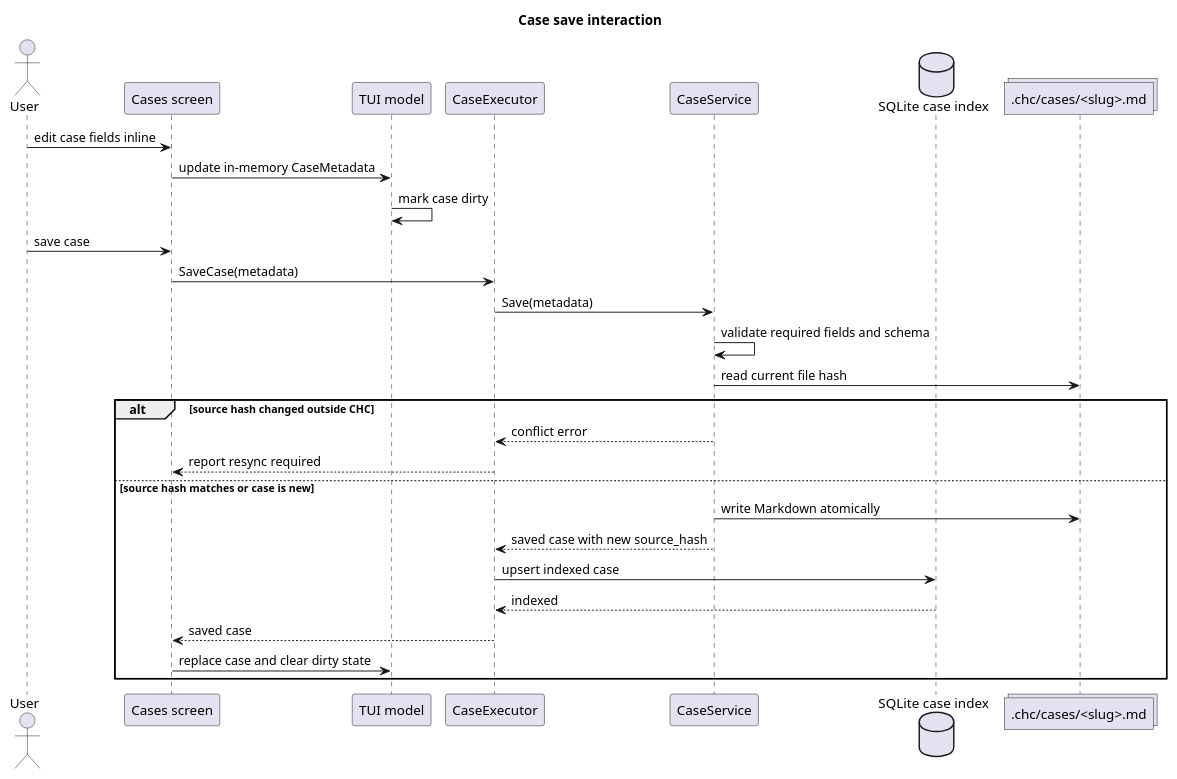
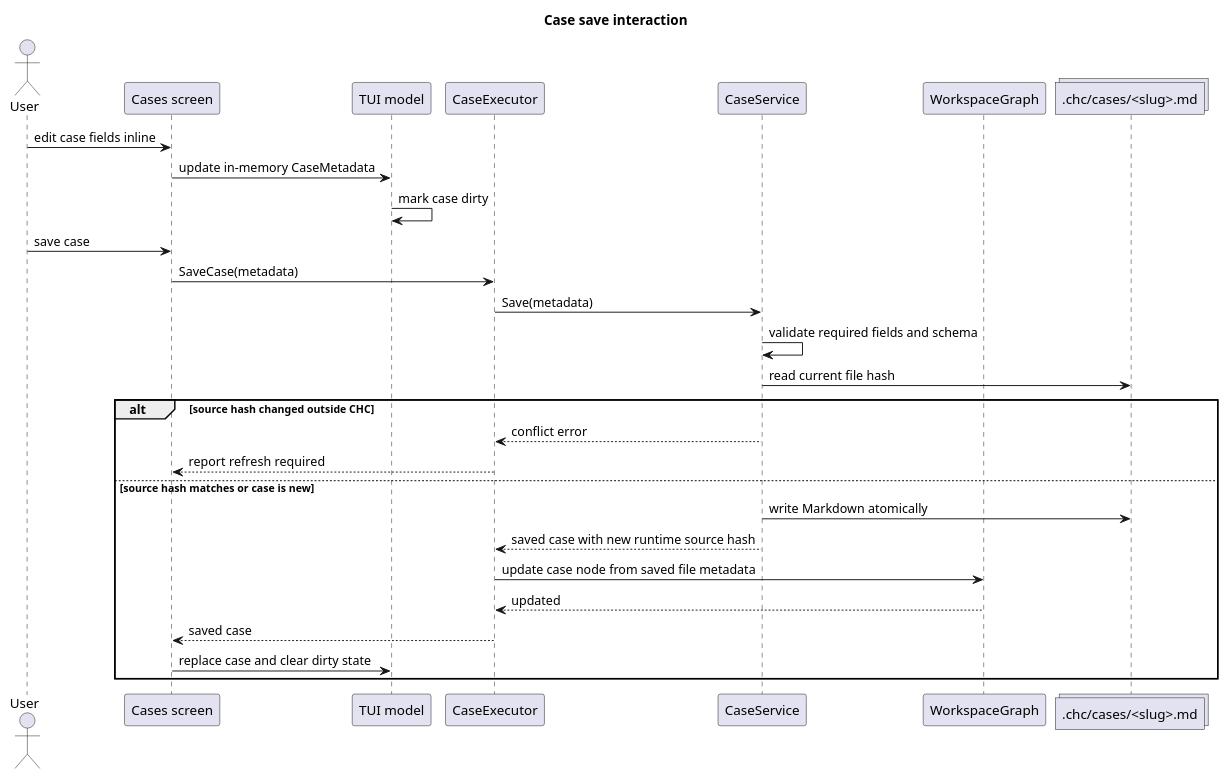
The second of 4 diagrams in .prj/specs/specs/tui-cases-screen.md (adrianpk/chr), drawn with PlantUML before and after one commit. The commit also changed other lines of this file and 2 other files, not shown here.

Commit message:
docs(workspace): define markdown-only project cases contract

````diff
--- a/.prj/specs/specs/tui-cases-screen.md
+++ b/.prj/specs/specs/tui-cases-screen.md
@@ -150,37 +151,37 @@
 ```plantuml
 @startuml
 title Case save interaction
 
 actor User
 participant "Cases screen" as UI
 participant "TUI model" as Model
 participant "CaseExecutor" as Executor
 participant "CaseService" as Service
-database "SQLite case index" as DB
+participant "WorkspaceGraph" as Graph
 collections ".chc/cases/<slug>.md" as File
 
 User -> UI: edit case fields inline
 UI -> Model: update in-memory CaseMetadata
 Model -> Model: mark case dirty
 
 User -> UI: save case
 UI -> Executor: SaveCase(metadata)
 Executor -> Service: Save(metadata)
 
 Service -> Service: validate required fields and schema
 Service -> File: read current file hash
 
 alt source hash changed outside CHC
     Service --> Executor: conflict error
-    Executor --> UI: report resync required
+    Executor --> UI: report refresh required
 else source hash matches or case is new
     Service -> File: write Markdown atomically
-    Service --> Executor: saved case with new source_hash
-    Executor -> DB: upsert indexed case
-    DB --> Executor: indexed
+    Service --> Executor: saved case with new runtime source hash
+    Executor -> Graph: update case node from saved file metadata
+    Graph --> Executor: updated
     Executor --> UI: saved case
     UI -> Model: replace case and clear dirty state
 end
 
 @enduml
 ```
````
